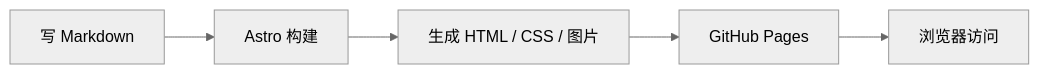
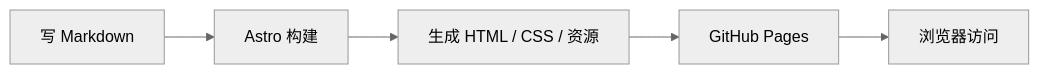
One commit to fengshihao/myblog changed the first of 7 diagrams in src/content/blog/how-static-blog-works.md. Above: the diagram before and after it, drawn with Mermaid (neutral theme). The commit also changed other lines of this file and 5 other files, not shown here.

First line of the commit message:
Polish site chrome and fix Mermaid rendering for Shiki blocks.

````diff
--- a/src/content/blog/how-static-blog-works.md
+++ b/src/content/blog/how-static-blog-works.md
@@ -12,7 +16,7 @@
 ```mermaid
 flowchart LR
   A[写 Markdown] --> B[Astro 构建]
-  B --> C[生成 HTML / CSS / 图片]
+  B --> C[生成 HTML / CSS / 资源]
   C --> D[GitHub Pages]
   D --> E[浏览器访问]
 ```
````
